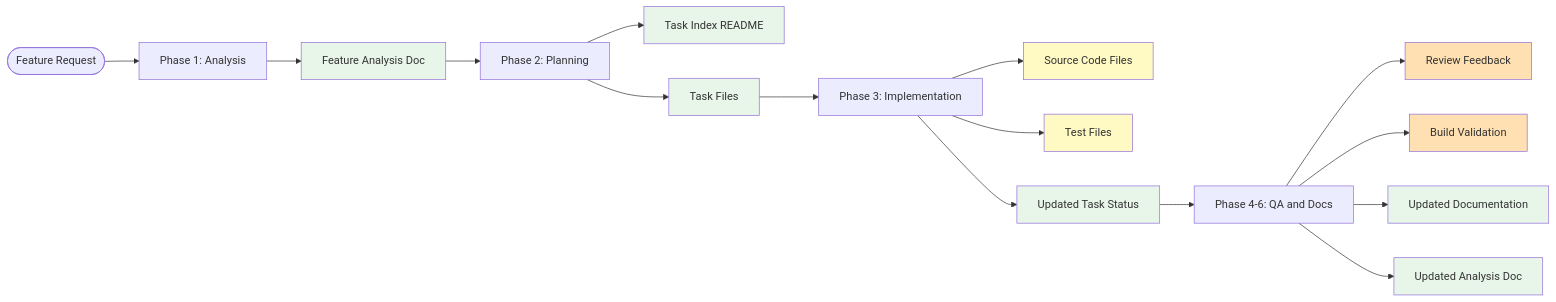
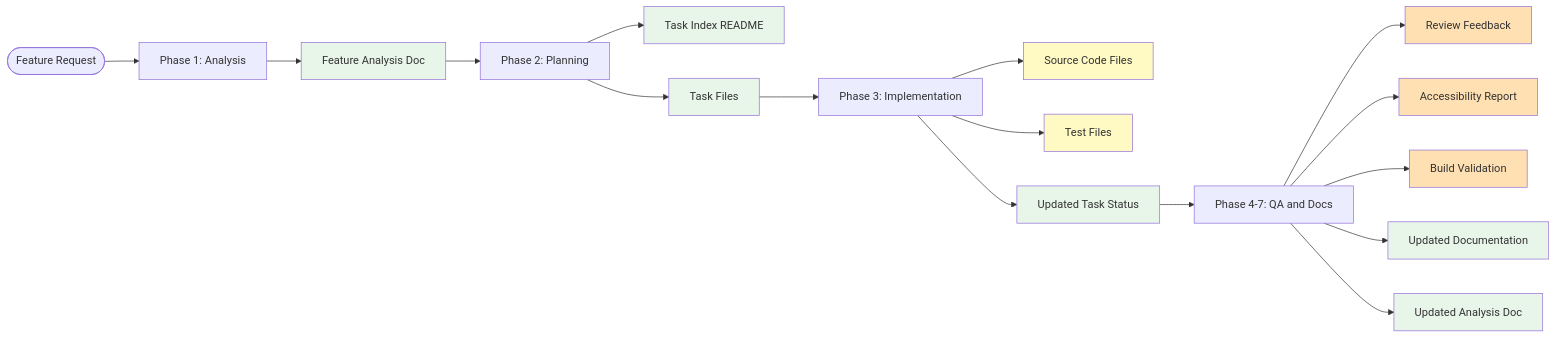
The third of 3 diagrams in opencode/.config/opencode/workflow-diagram.md (jesusidev/dotfiles), drawn with Mermaid before and after one commit. The commit also changed other lines of this file and 2 other files, not shown here.

First line of the commit message:
feat(accessibility): add WCAG compliance auditing agent to workflow

````diff
--- a/opencode/.config/opencode/workflow-diagram.md
+++ b/opencode/.config/opencode/workflow-diagram.md
@@ -118,31 +126,33 @@
 ```mermaid
 flowchart LR
     Start([Feature Request]) --> P1[Phase 1: Analysis]
     P1 --> A1[Feature Analysis Doc]
     
     A1 --> P2[Phase 2: Planning]
     P2 --> A2[Task Index README]
     P2 --> A3[Task Files]
     
     A3 --> P3[Phase 3: Implementation]
     P3 --> A4[Source Code Files]
     P3 --> A5[Test Files]
     P3 --> A6[Updated Task Status]
     
-    A6 --> P4[Phase 4-6: QA and Docs]
+    A6 --> P4[Phase 4-7: QA and Docs]
     P4 --> A7[Review Feedback]
-    P4 --> A8[Build Validation]
-    P4 --> A9[Updated Documentation]
-    P4 --> A10[Updated Analysis Doc]
+    P4 --> A8[Accessibility Report]
+    P4 --> A9[Build Validation]
+    P4 --> A10[Updated Documentation]
+    P4 --> A11[Updated Analysis Doc]
     
     style A1 fill:#e8f5e9
     style A2 fill:#e8f5e9
     style A3 fill:#e8f5e9
     style A4 fill:#fff9c4
     style A5 fill:#fff9c4
     style A6 fill:#e8f5e9
     style A7 fill:#ffe0b2
     style A8 fill:#ffe0b2
-    style A9 fill:#e8f5e9
+    style A9 fill:#ffe0b2
     style A10 fill:#e8f5e9
+    style A11 fill:#e8f5e9
 ```
````
